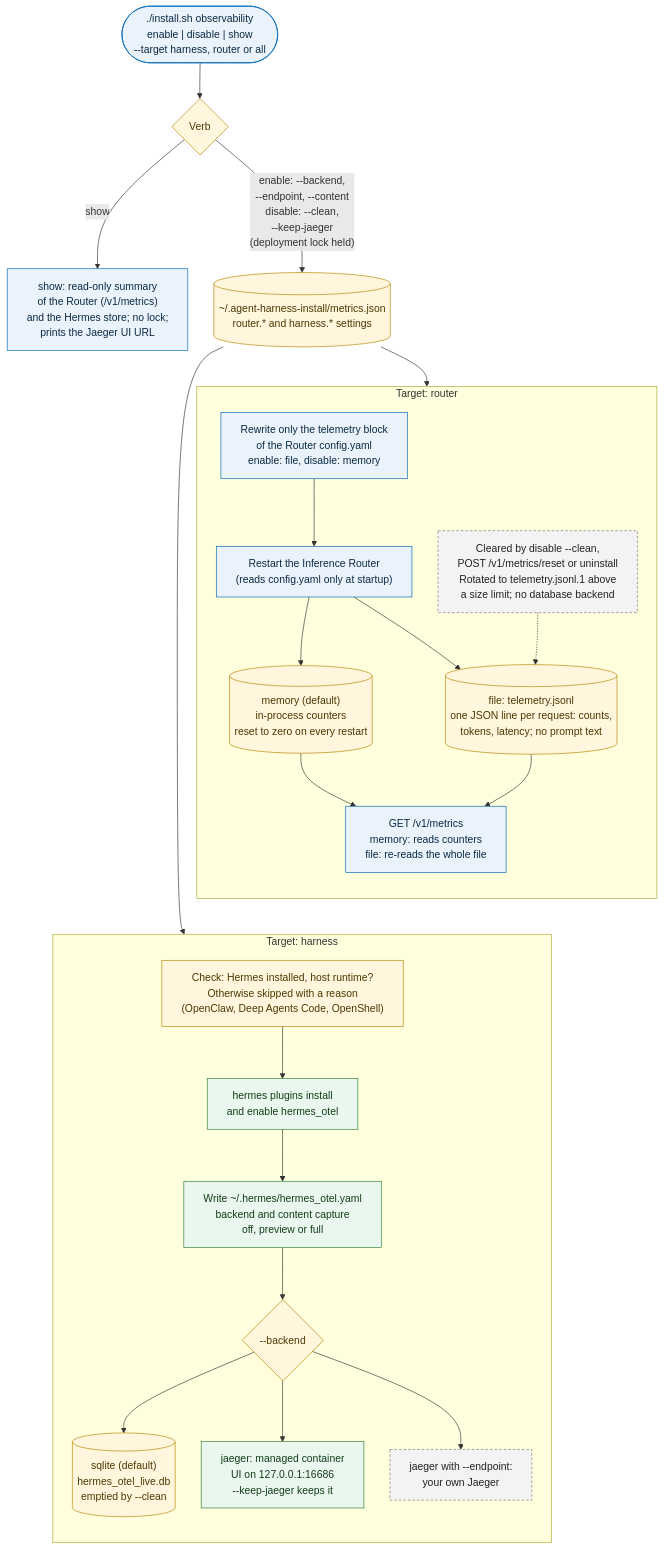
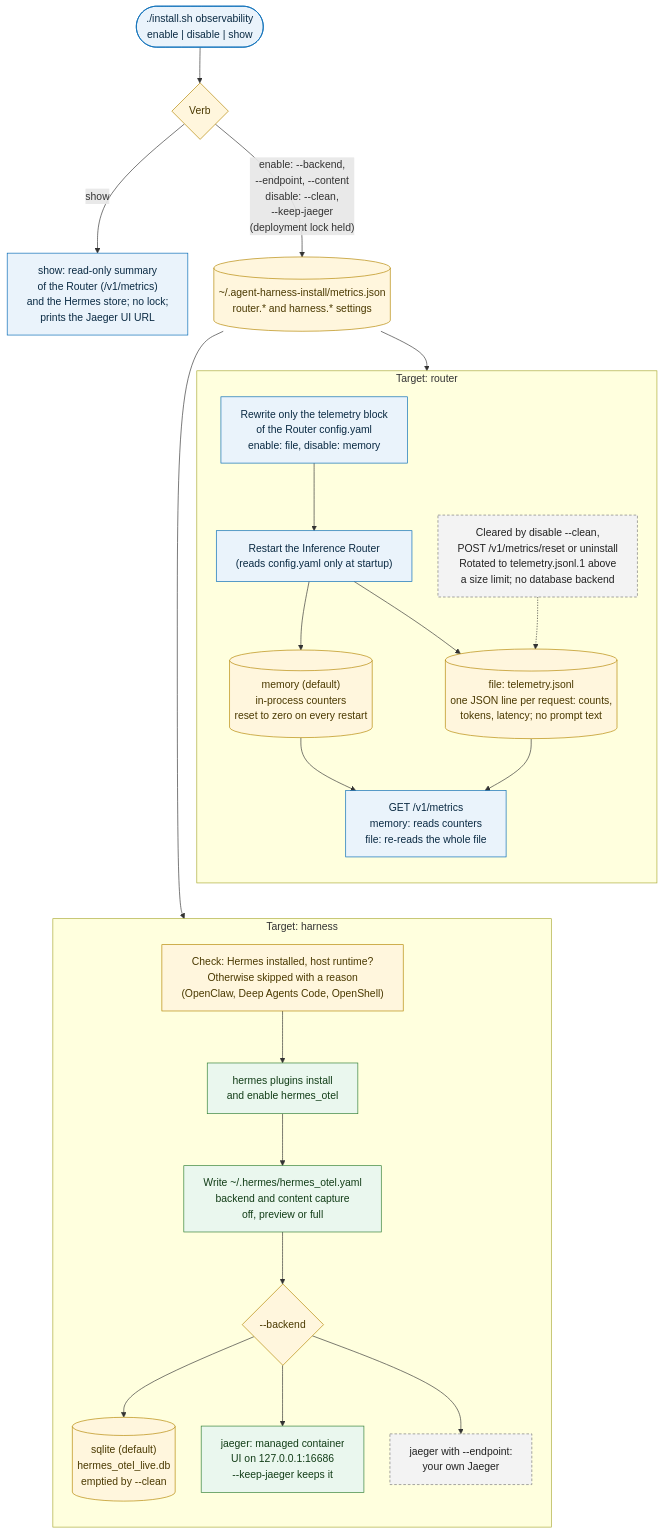
Before and after one commit to open-edge-platform/edge-ai-libraries: the third of 4 diagrams in frameworks/agent-harness-install/README.md, drawn with Mermaid. The commit also changed other lines of this file and 4 other files, not shown here.

Commit message:
docs(agent-harness): remove target option from docs

````diff
--- a/frameworks/agent-harness-install/README.md
+++ b/frameworks/agent-harness-install/README.md
@@ -196,52 +196,52 @@
 ```mermaid
 %%{init: {"flowchart": {"wrappingWidth": 420, "nodeSpacing": 40, "rankSpacing": 55, "curve": "basis"}}}%%
 flowchart TD
     classDef step fill:#EAF3FB,stroke:#0068B5,color:#0A2A43
     classDef decision fill:#FFF6DD,stroke:#B38600,color:#4A3900
     classDef agent fill:#EAF7EE,stroke:#2E7D32,color:#123D17
     classDef store fill:#FFF6DD,stroke:#B38600,color:#4A3900
     classDef ext fill:#F3F3F3,stroke:#777777,color:#222222,stroke-dasharray: 4 3
 
-    CMD(["./install.sh observability<br/>enable | disable | show<br/>--target harness, router or all"]):::step
+    CMD(["./install.sh observability<br/>enable | disable | show"]):::step
     LOCK{"Verb"}:::decision
     SHOWN["show: read-only summary<br/>of the Router (/v1/metrics)<br/>and the Hermes store; no lock;<br/>prints the Jaeger UI URL"]:::step
     STATE[("~/.agent-harness-install/metrics.json<br/>router.* and harness.* settings")]:::store
 
     CMD --> LOCK
     LOCK -- "show" --> SHOWN
     LOCK -- "enable: --backend,<br/>--endpoint, --content<br/>disable: --clean,<br/>--keep-jaeger<br/>(deployment lock held)" --> STATE
 
     subgraph RT["Target: router"]
         direction TB
         RCFG["Rewrite only the telemetry block<br/>of the Router config.yaml<br/>enable: file, disable: memory"]:::step
         RIR["Restart the Inference Router<br/>(reads config.yaml only at startup)"]:::step
         RMEM[("memory (default)<br/>in-process counters<br/>reset to zero on every restart")]:::store
         RJSONL[("file: telemetry.jsonl<br/>one JSON line per request: counts,<br/>tokens, latency; no prompt text")]:::store
         RAPI["GET /v1/metrics<br/>memory: reads counters<br/>file: re-reads the whole file"]:::step
         RCLR["Cleared by disable --clean,<br/>POST /v1/metrics/reset or uninstall<br/>Rotated to telemetry.jsonl.1 above<br/>a size limit; no database backend"]:::ext
         RCFG --> RIR
         RIR --> RMEM
         RIR --> RJSONL
         RMEM --> RAPI
         RJSONL --> RAPI
         RCLR -.-> RJSONL
     end
     STATE --> RCFG
 
     subgraph HT["Target: harness"]
         direction TB
         HCHK["Check: Hermes installed, host runtime?<br/>Otherwise skipped with a reason<br/>(OpenClaw, Deep Agents Code, OpenShell)"]:::decision
         HPLUG["hermes plugins install<br/>and enable hermes_otel"]:::agent
         HCFG["Write ~/.hermes/hermes_otel.yaml<br/>backend and content capture<br/>off, preview or full"]:::agent
         HBE{"--backend"}:::decision
         HSQL[("sqlite (default)<br/>hermes_otel_live.db<br/>emptied by --clean")]:::store
         HJ["jaeger: managed container<br/>UI on 127.0.0.1:16686<br/>--keep-jaeger keeps it"]:::agent
         HO["jaeger with --endpoint:<br/>your own Jaeger"]:::ext
         HCHK --> HPLUG --> HCFG --> HBE
         HBE --> HSQL
         HBE --> HJ
         HBE --> HO
     end
     RAPI ~~~ HCHK
     STATE --> HCHK
 ```
````
